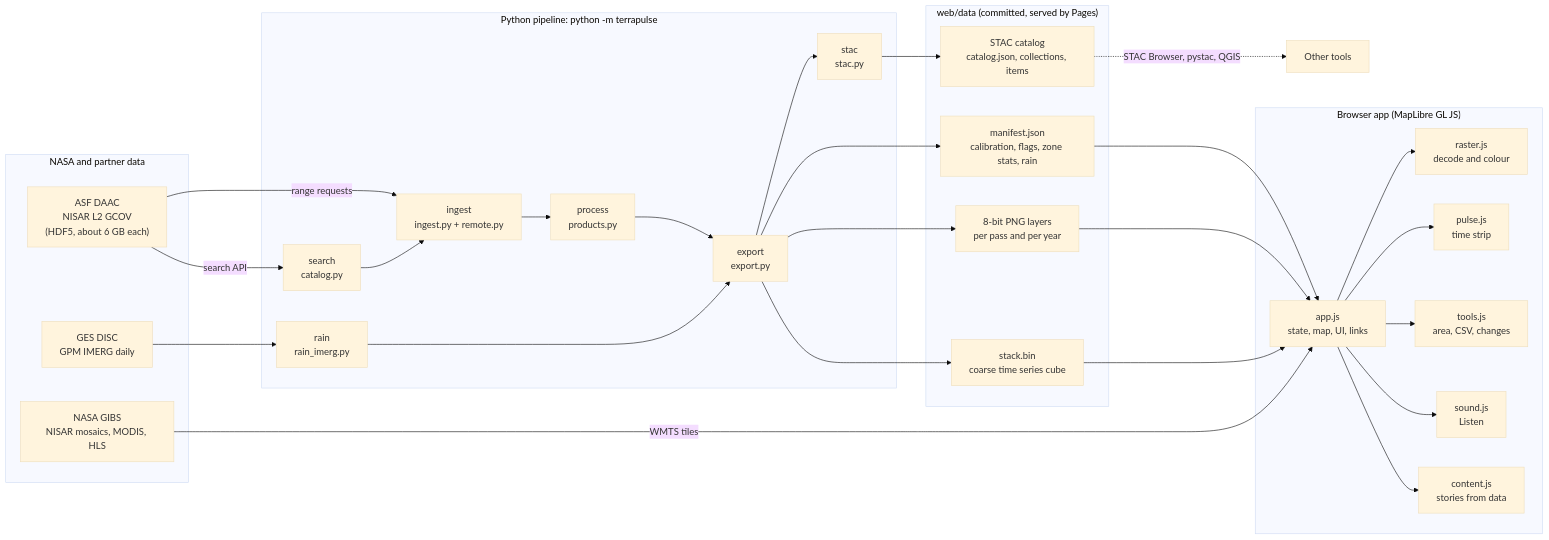
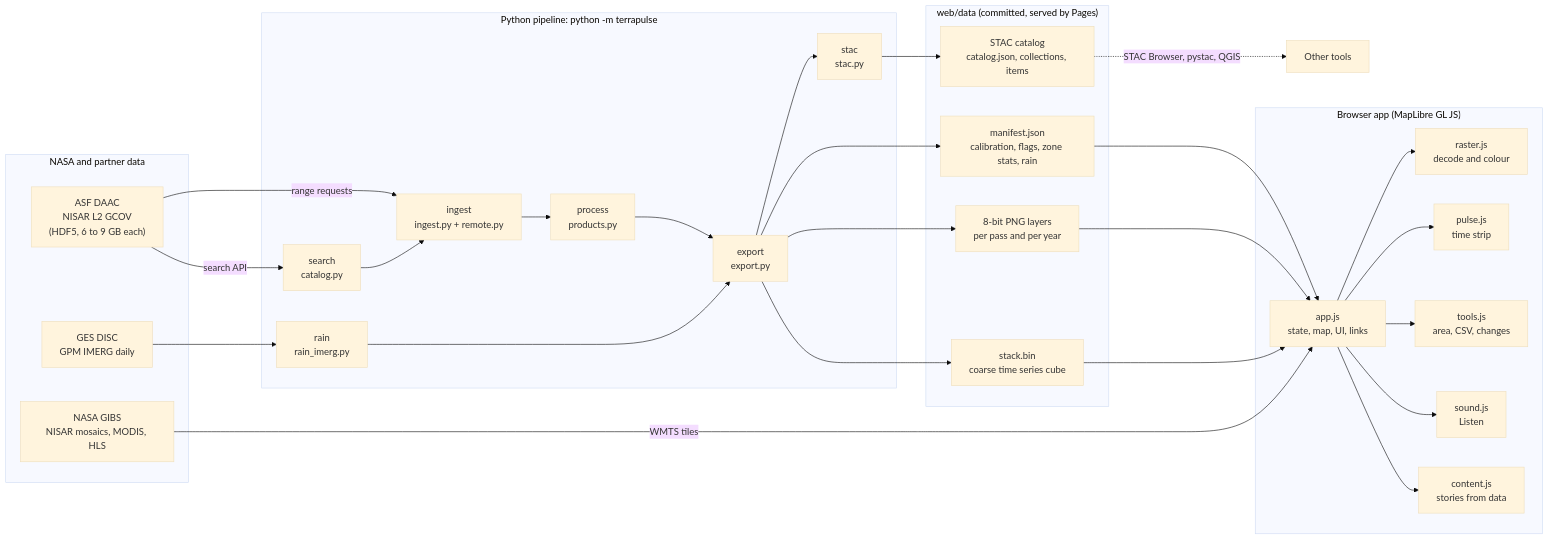
Before and after one commit to sudais-khalid/terrapulse: the diagram in docs/ARCHITECTURE.md, drawn with Mermaid (base theme). The commit also changed 20 other files, not shown here.

````diff
--- a/docs/ARCHITECTURE.md
+++ b/docs/ARCHITECTURE.md
@@ -10,42 +10,42 @@
 ```mermaid
 flowchart LR
   subgraph NASA["NASA and partner data"]
-    ASF["ASF DAAC<br/>NISAR L2 GCOV<br/>(HDF5, about 6 GB each)"]
+    ASF["ASF DAAC<br/>NISAR L2 GCOV<br/>(HDF5, 6 to 9 GB each)"]
     GES["GES DISC<br/>GPM IMERG daily"]
     GIBS["NASA GIBS<br/>NISAR mosaics, MODIS, HLS"]
   end
 
   subgraph PIPE["Python pipeline: python -m terrapulse"]
     S["search<br/>catalog.py"] --> I["ingest<br/>ingest.py + remote.py"]
     I --> P["process<br/>products.py"]
     R["rain<br/>rain_imerg.py"] --> X
     P --> X["export<br/>export.py"]
     X --> C["stac<br/>stac.py"]
   end
 
   subgraph WEB["web/data (committed, served by Pages)"]
     M["manifest.json<br/>calibration, flags, zone stats, rain"]
     PNG["8-bit PNG layers<br/>per pass and per year"]
     B["stack.bin<br/>coarse time series cube"]
     ST["STAC catalog<br/>catalog.json, collections, items"]
   end
 
   subgraph APP["Browser app (MapLibre GL JS)"]
     A["app.js<br/>state, map, UI, links"]
     RA["raster.js<br/>decode and colour"]
     PU["pulse.js<br/>time strip"]
     T["tools.js<br/>area, CSV, changes"]
     SO["sound.js<br/>Listen"]
     CO["content.js<br/>stories from data"]
   end
 
   ASF -- "range requests" --> I
   ASF -- "search API" --> S
   GES --> R
   X --> M & PNG & B
   C --> ST
   M & PNG & B --> A
   GIBS -- "WMTS tiles" --> A
   A --> RA & PU & T & SO & CO
   ST -. "STAC Browser, pystac, QGIS" .-> EXT["Other tools"]
 ```
````
